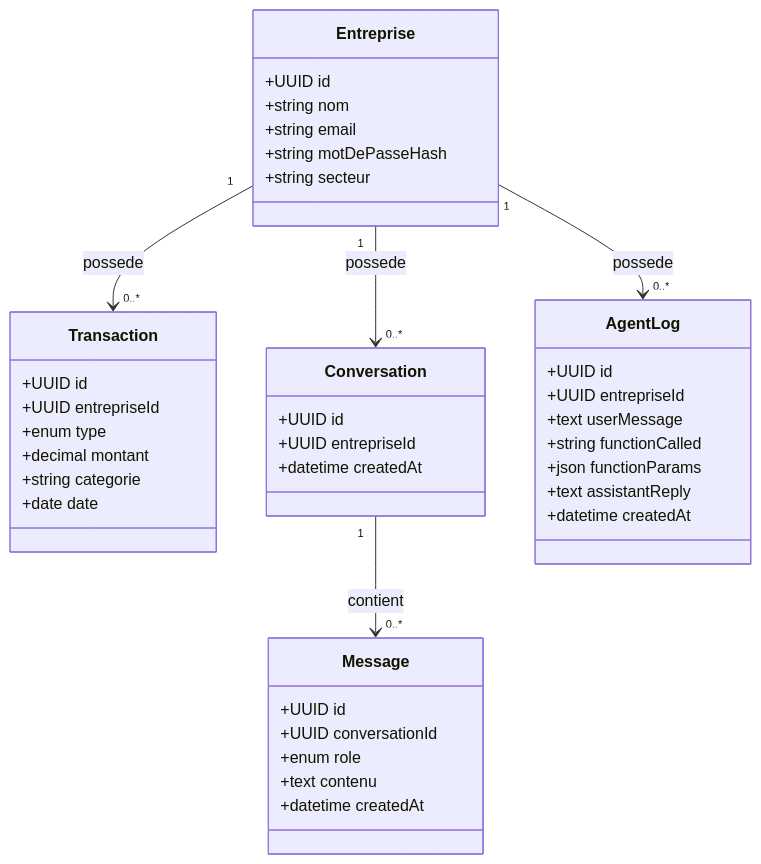
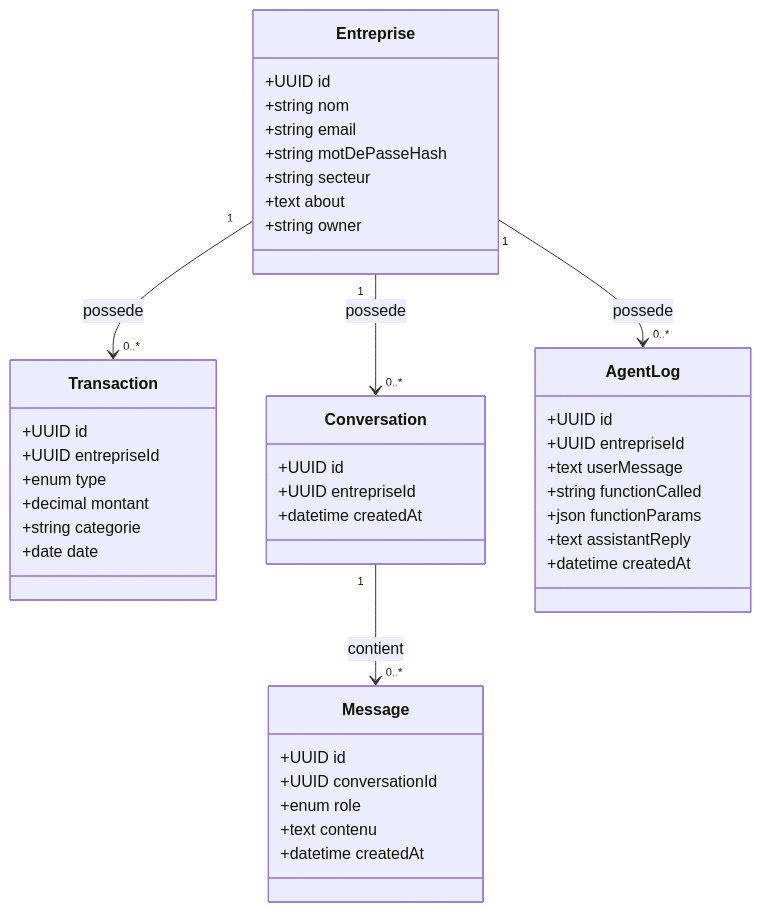
Before and after one commit to salmamirat/BizPulse: the diagram in docs/class-diagram.mermaid, drawn with Mermaid. The commit also changed 53 other files, not shown here.

```diff
--- a/docs/class-diagram.mermaid
+++ b/docs/class-diagram.mermaid
@@ -1,46 +1,49 @@
 classDiagram
   class Entreprise {
     +UUID id
     +string nom
     +string email
     +string motDePasseHash
     +string secteur
+    +text about
+    +string owner
   }
+
 
   class Transaction {
     +UUID id
     +UUID entrepriseId
     +enum type
     +decimal montant
     +string categorie
     +date date
   }
 
   class Conversation {
     +UUID id
     +UUID entrepriseId
     +datetime createdAt
   }
 
   class Message {
     +UUID id
     +UUID conversationId
     +enum role
     +text contenu
     +datetime createdAt
   }
 
   class AgentLog {
     +UUID id
     +UUID entrepriseId
     +text userMessage
     +string functionCalled
     +json functionParams
     +text assistantReply
     +datetime createdAt
   }
 
   Entreprise "1" --> "0..*" Transaction : possede
   Entreprise "1" --> "0..*" Conversation : possede
   Entreprise "1" --> "0..*" AgentLog : possede
   Conversation "1" --> "0..*" Message : contient
```
